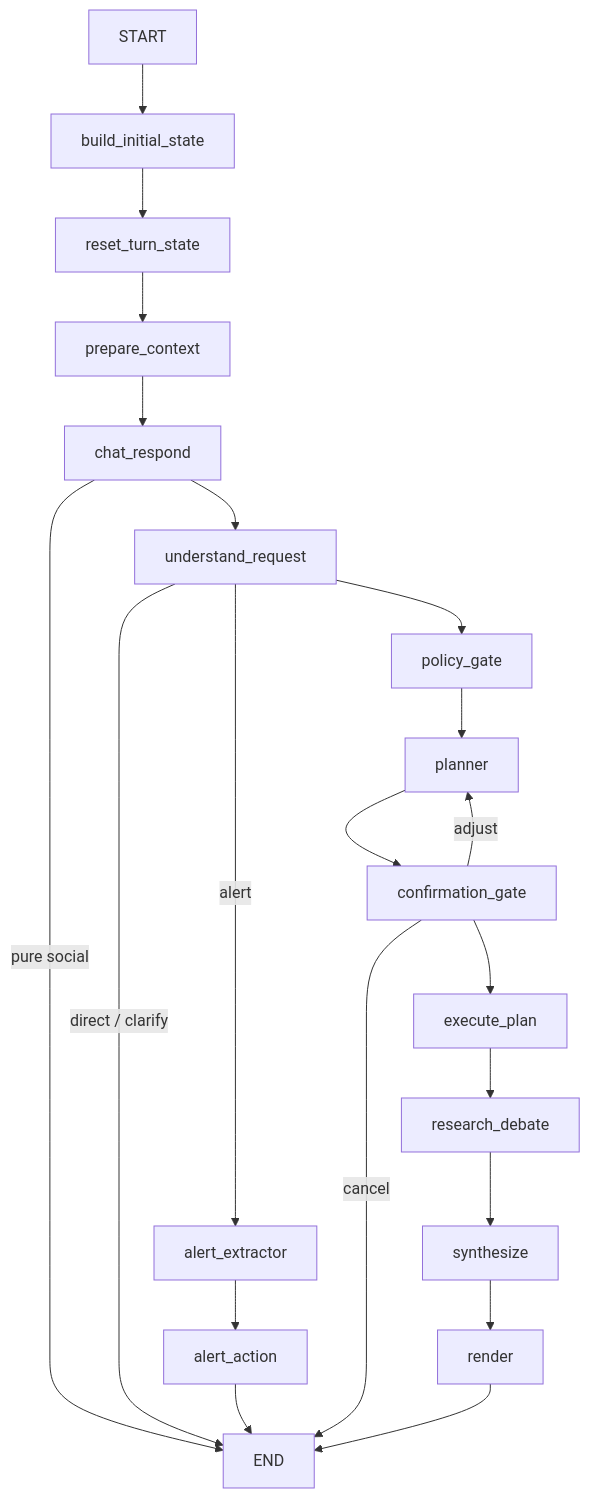
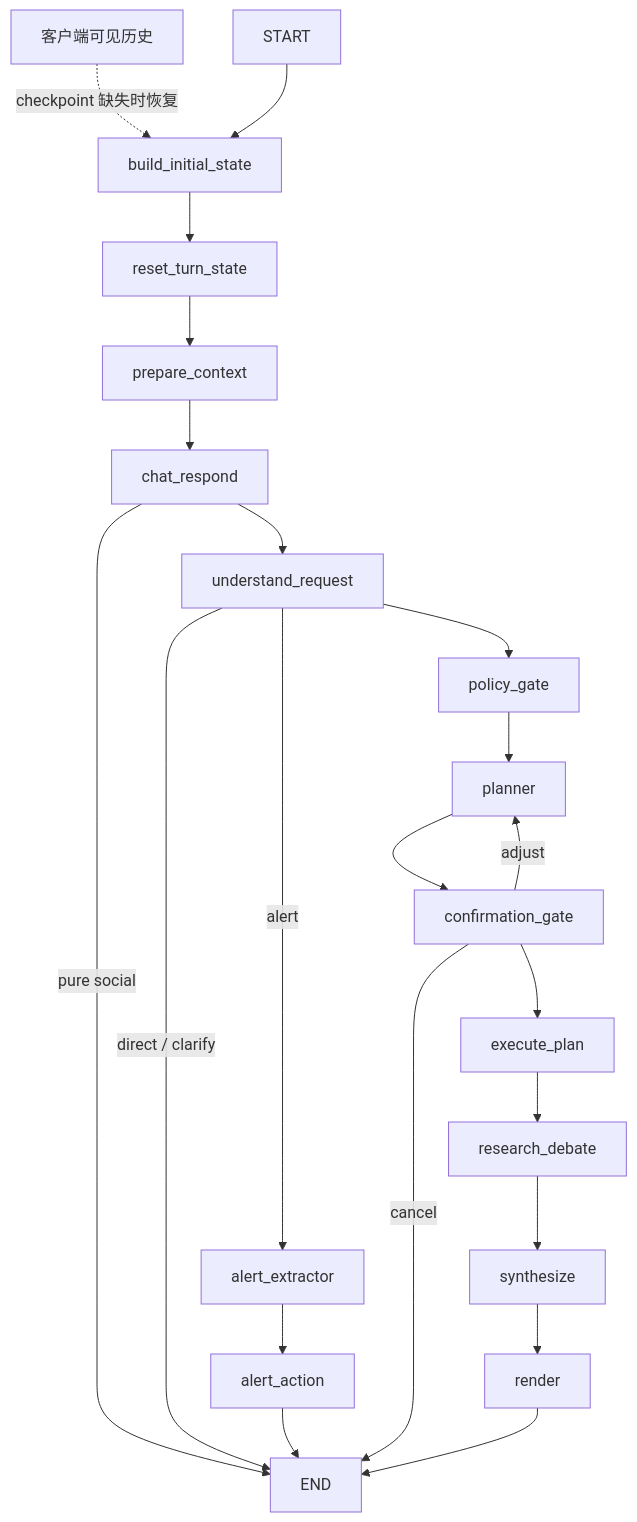
One commit to kkkano/FinSight changed the second of 2 diagrams in docs/01_ARCHITECTURE.md. Above: the diagram before and after it, drawn with Mermaid. The commit also changed other lines of this file and 29 other files, not shown here.

````diff
--- a/docs/01_ARCHITECTURE.md
+++ b/docs/01_ARCHITECTURE.md
@@ -50,12 +53,13 @@
 ```mermaid
 flowchart TD
+    H[客户端可见历史] -. checkpoint 缺失时恢复 .-> build_initial_state
     START --> build_initial_state --> reset_turn_state --> prepare_context --> chat_respond
     chat_respond -->|pure social| END
     chat_respond --> understand_request
     understand_request -->|direct / clarify| END
     understand_request -->|alert| alert_extractor --> alert_action --> END
     understand_request --> policy_gate --> planner --> confirmation_gate
     confirmation_gate -->|adjust| planner
     confirmation_gate -->|cancel| END
     confirmation_gate --> execute_plan --> research_debate --> synthesize --> render --> END
 ```
````
